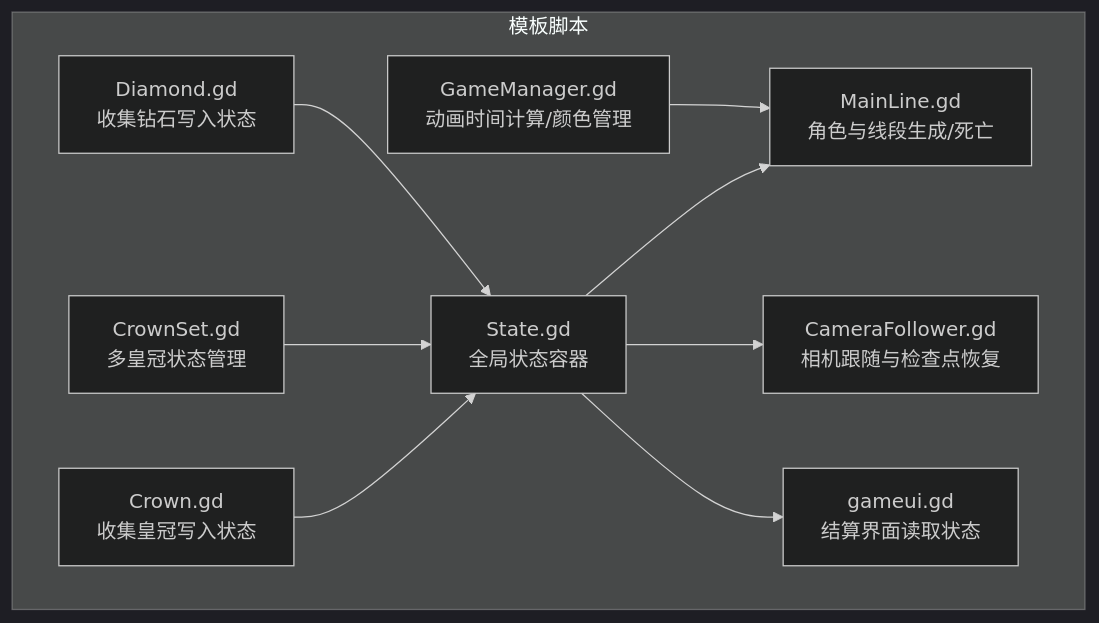
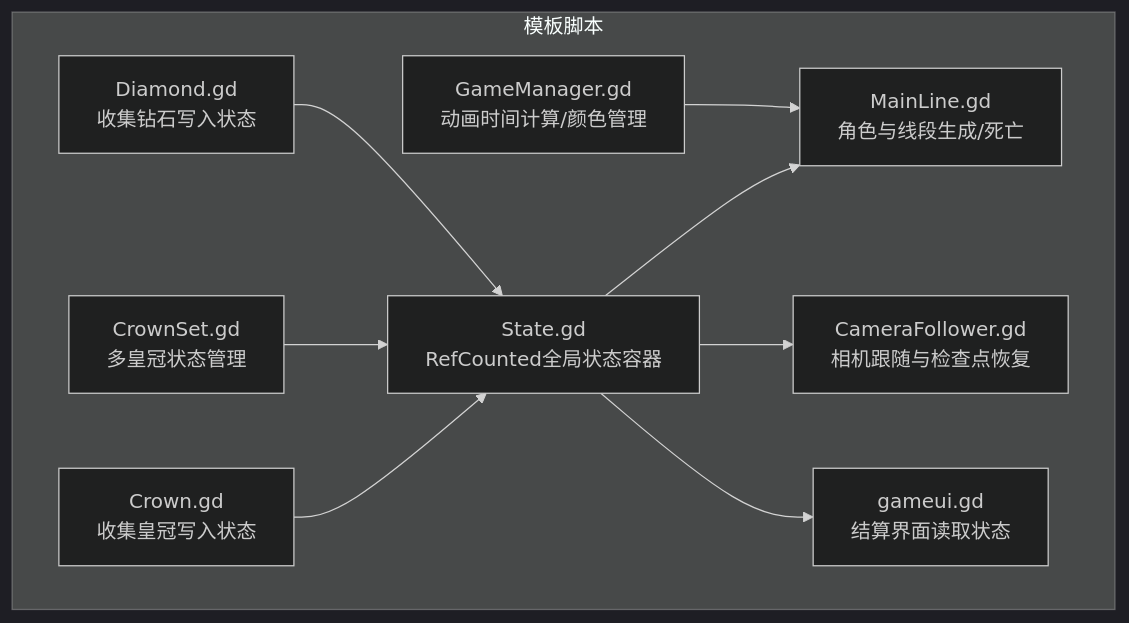
Before and after one commit to godotline/godot-line: the first of 11 diagrams in .qoder/repowiki/zh/content/核心架构设计/设计模式应用/状态管理模式.md, drawn with Mermaid (dark theme). The commit also changed other lines of this file and 687 other files, not shown here.

````diff
--- a/.qoder/repowiki/zh/content/核心架构设计/设计模式应用/状态管理模式.md
+++ b/.qoder/repowiki/zh/content/核心架构设计/设计模式应用/状态管理模式.md
@@ -48,20 +52,20 @@
 ```mermaid
 graph TB
 subgraph "模板脚本"
-State["State.gd<br/>全局状态容器"]
+State["State.gd<br/>RefCounted全局状态容器"]
 GameManager["GameManager.gd<br/>动画时间计算/颜色管理"]
 MainLine["MainLine.gd<br/>角色与线段生成/死亡"]
 CameraFollower["CameraFollower.gd<br/>相机跟随与检查点恢复"]
 Crown["Crown.gd<br/>收集皇冠写入状态"]
 CrownSet["CrownSet.gd<br/>多皇冠状态管理"]
 Diamond["Diamond.gd<br/>收集钻石写入状态"]
 GameUI["gameui.gd<br/>结算界面读取状态"]
 end
 State --> MainLine
 State --> CameraFollower
 State --> GameUI
 GameManager --> MainLine
 Crown --> State
 CrownSet --> State
 Diamond --> State
 ```
````
